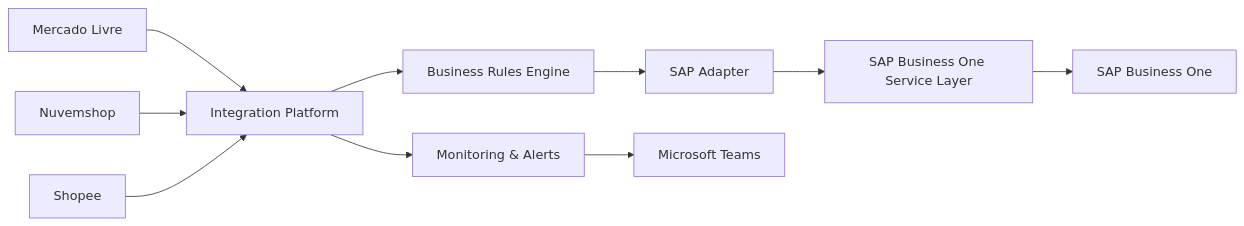
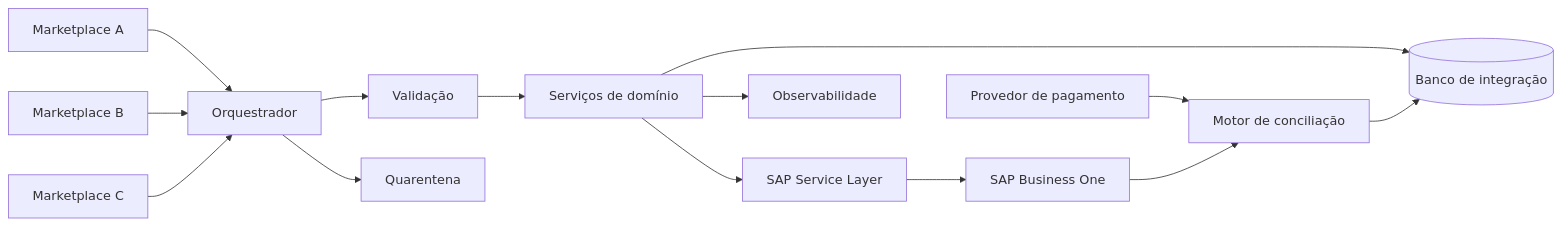
One commit to rmota13/sap-business-one-integration-platform changed the diagram in README.md. Above: the diagram before and after it, drawn with Mermaid. The commit also changed other lines of this file and 14 other files, not shown here.

First line of the commit message:
Reposition project as SAP Commerce Integration Platform (#1)

````diff
--- a/README.md
+++ b/README.md
@@ -23,18 +60,16 @@
 ```mermaid
 flowchart LR
-    ML[Mercado Livre]
-    NS[Nuvemshop]
-    SP[Shopee]
-
-    ML --> INTEGRATION[Integration Platform]
-    NS --> INTEGRATION
-    SP --> INTEGRATION
-
-    INTEGRATION --> RULES[Business Rules Engine]
-    RULES --> ADAPTER[SAP Adapter]
-    ADAPTER --> SL[SAP Business One Service Layer]
-    SL --> SAP[SAP Business One]
-
-    INTEGRATION --> MONITORING[Monitoring & Alerts]
-    MONITORING --> TEAMS[Microsoft Teams]
+    A[Marketplace A] --> O[Orquestrador]
+    B[Marketplace B] --> O
+    C[Marketplace C] --> O
+    O --> V[Validação]
+    V --> D[Serviços de domínio]
+    D --> SL[SAP Service Layer]
+    SL --> ERP[SAP Business One]
+    D --> DB[(Banco de integração)]
+    O --> Q[Quarentena]
+    D --> M[Observabilidade]
+    P[Provedor de pagamento] --> R[Motor de conciliação]
+    ERP --> R
+    R --> DB
 ```
````
